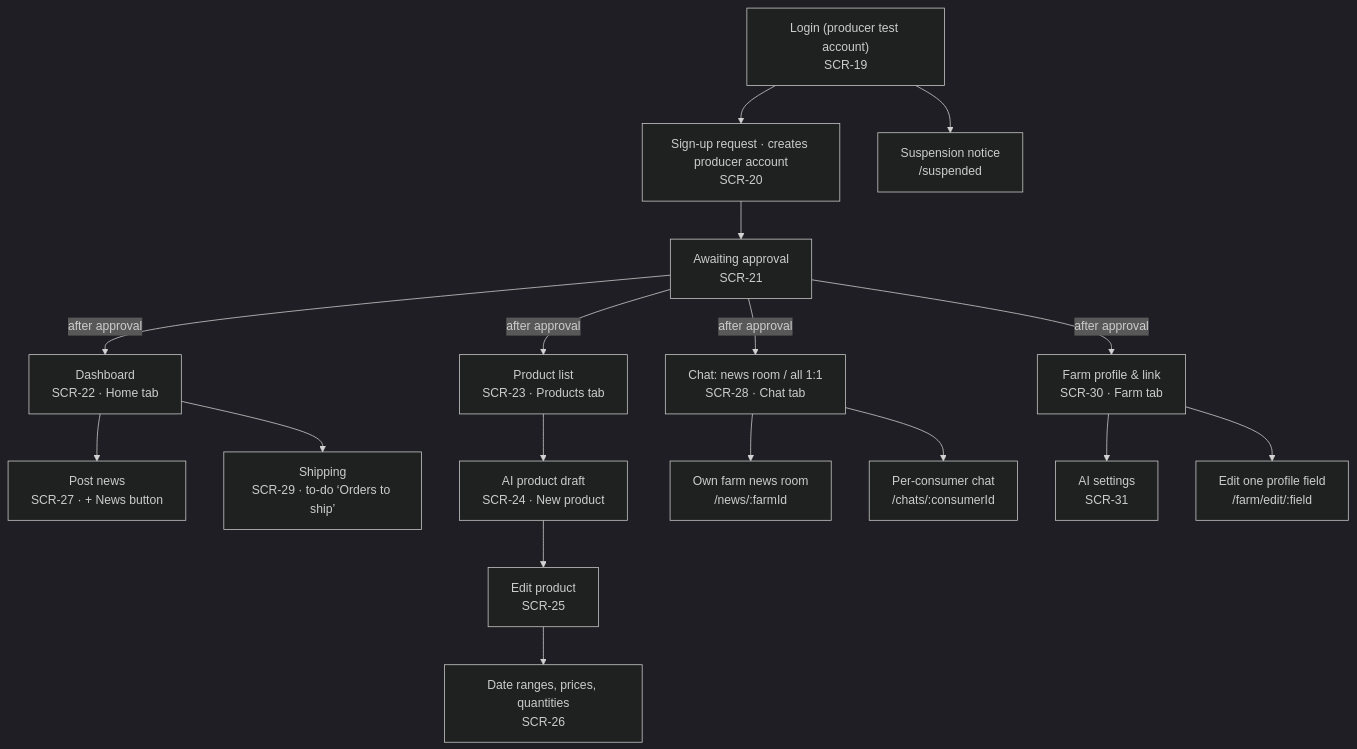
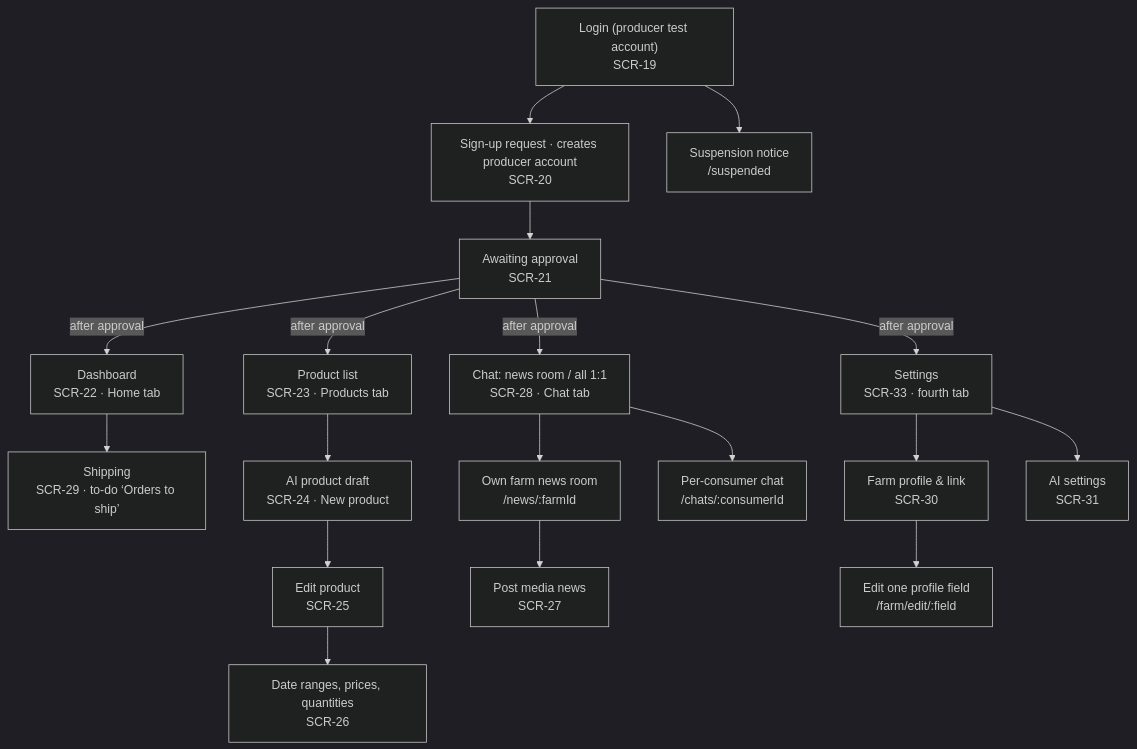
The second of 5 diagrams in docs/wiki/Design-Documentation.md (snuhcs-course/swpp-2026-project-team-06), drawn with Mermaid (dark theme) before and after one commit. The commit also changed other lines of this file and 20 other files, not shown here.

````diff
--- a/docs/wiki/Design-Documentation.md
+++ b/docs/wiki/Design-Documentation.md
@@ -148,16 +148,17 @@
 ```mermaid
 flowchart TD
   login["Login (producer test account)<br/>SCR-19"] --> apply["Sign-up request · creates producer account<br/>SCR-20"] --> pending["Awaiting approval<br/>SCR-21"]
   login --> suspended["Suspension notice<br/>/suspended"]
   pending -- after approval --> home["Dashboard<br/>SCR-22 · Home tab"]
   pending -- after approval --> products["Product list<br/>SCR-23 · Products tab"]
   pending -- after approval --> questions["Chat: news room / all 1:1<br/>SCR-28 · Chat tab"]
-  pending -- after approval --> farmtab["Farm profile & link<br/>SCR-30 · Farm tab"]
-  home --> broadcast["Post news<br/>SCR-27 · + News button"]
+  pending -- after approval --> prefs["Settings<br/>SCR-33 · fourth tab"]
+  prefs --> farmtab["Farm profile & link<br/>SCR-30"]
+  room --> broadcast["Post media news<br/>SCR-27"]
   home --> ship["Shipping<br/>SCR-29 · to-do ‘Orders to ship’"]
   questions --> room["Own farm news room<br/>/news/:farmId"]
-  farmtab --> settings["AI settings<br/>SCR-31"]
+  prefs --> settings["AI settings<br/>SCR-31"]
   questions --> qchat["Per-consumer chat<br/>/chats/:consumerId"]
   farmtab --> fedit["Edit one profile field<br/>/farm/edit/:field"]
   products --> draft["AI product draft<br/>SCR-24 · New product"] --> edit["Edit product<br/>SCR-25"] --> stages["Date ranges, prices, quantities<br/>SCR-26"]
 ```
````
